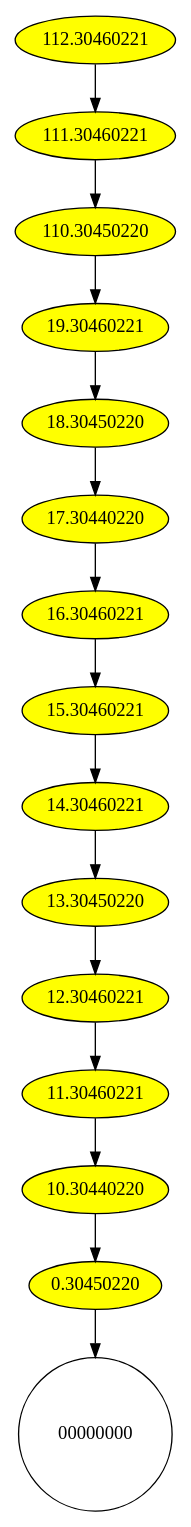
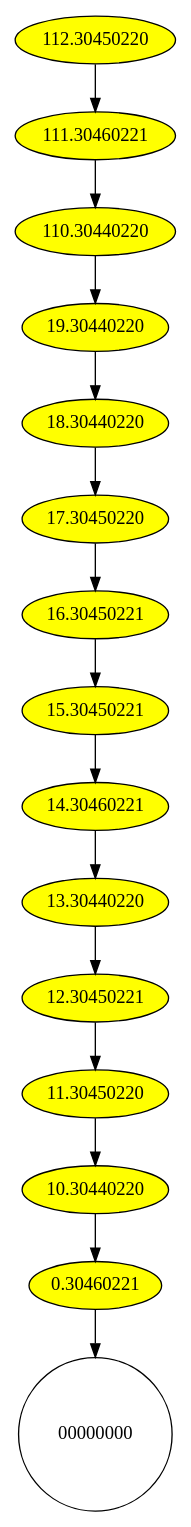
Before and after one commit to DGT-Network/DGT-Matagami: the diagram in CORE/validator/DAG.gv, drawn with Graphviz. The commit also changed 23 other files, not shown here.

```diff
--- a/CORE/validator/DAG.gv
+++ b/CORE/validator/DAG.gv
@@ -1,19 +1,19 @@
 digraph DAG {
 {
- node [style="filled", fillcolor="yellow", fontcolor="black", margin="0.01"]"112.30460221" -> "111.30460221";
-"111.30460221" -> "110.30450220";
-"110.30450220" -> "19.30460221";
-"19.30460221" -> "18.30450220";
-"18.30450220" -> "17.30440220";
-"17.30440220" -> "16.30460221";
-"16.30460221" -> "15.30460221";
-"15.30460221" -> "14.30460221";
-"14.30460221" -> "13.30450220";
-"13.30450220" -> "12.30460221";
-"12.30460221" -> "11.30460221";
-"11.30460221" -> "10.30440220";
-"10.30440220" -> "0.30450220";
+ node [style="filled", fillcolor="yellow", fontcolor="black", margin="0.01"]"112.30450220" -> "111.30460221";
+"111.30460221" -> "110.30440220";
+"110.30440220" -> "19.30440220";
+"19.30440220" -> "18.30440220";
+"18.30440220" -> "17.30450220";
+"17.30450220" -> "16.30450221";
+"16.30450221" -> "15.30450221";
+"15.30450221" -> "14.30460221";
+"14.30460221" -> "13.30440220";
+"13.30440220" -> "12.30450221";
+"12.30450221" -> "11.30450220";
+"11.30450220" -> "10.30440220";
+"10.30440220" -> "0.30460221";
 }
-"0.30450220" -> "00000000";
+"0.30460221" -> "00000000";
 "00000000" [fillcolor="red",shape="circle"];
 }
```
